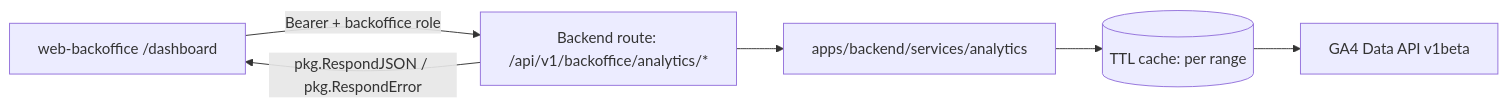
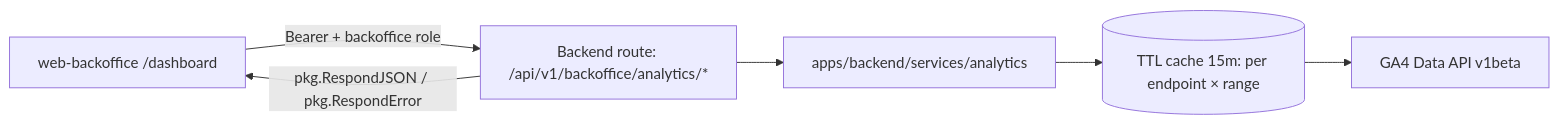
One commit to sathittham/factory-sync-solutions changed the diagram in docs/product/bo-dashboard-ga4/README.md. Above: the diagram before and after it, drawn with Mermaid. The commit also changed other lines of this file, not shown here.

````diff
--- a/docs/product/bo-dashboard-ga4/README.md
+++ b/docs/product/bo-dashboard-ga4/README.md
@@ -63,8 +76,8 @@
 ```mermaid
 flowchart LR
   U[web-backoffice /dashboard] -->|Bearer + backoffice role| R[Backend route: /api/v1/backoffice/analytics/*]
   R --> S[apps/backend/services/analytics]
-  S --> C[(TTL cache: per range)]
+  S --> C[(TTL cache 15m: per endpoint × range)]
   C --> G[GA4 Data API v1beta]
   R -->|pkg.RespondJSON / pkg.RespondError| U
 ```
````
